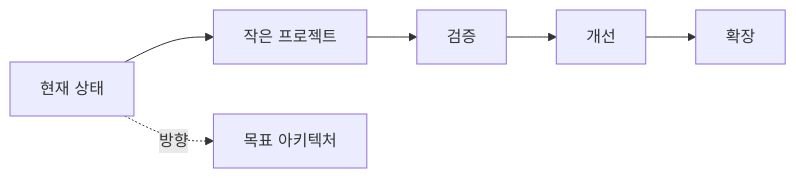
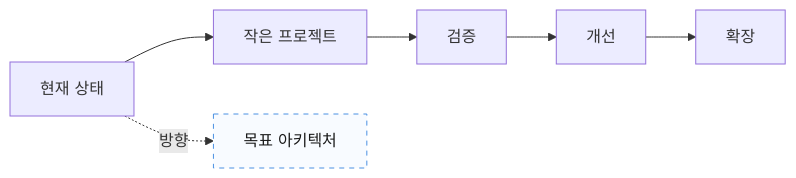
One commit to i31pc17/bitbook changed the third of 19 diagrams in 모던 데이터 아키텍처/23장. 실행 로드맵.md. Above: the diagram before and after it, drawn with Mermaid. The commit also changed other lines of this file, not shown here.

````diff
--- a/모던 데이터 아키텍처/23장. 실행 로드맵.md
+++ b/모던 데이터 아키텍처/23장. 실행 로드맵.md
@@ -212,5 +131,7 @@
 ```mermaid
 flowchart LR
     cur["현재 상태"] --> p["작은 프로젝트"] --> v["검증"] --> imp["개선"] --> ext["확장"]
     cur -. "방향" .-> goal["목표 아키텍처"]
+
+    style goal fill:#f8fbff,stroke:#4a90e2,stroke-dasharray: 5 5,color:#1a1a1a
 ```
````
